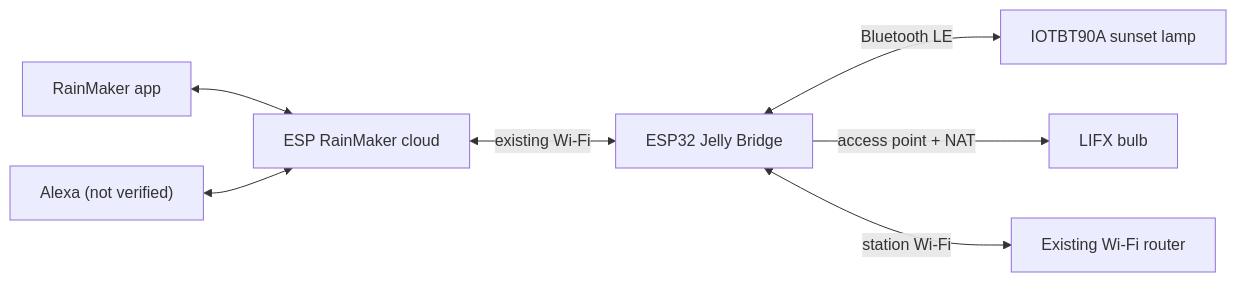
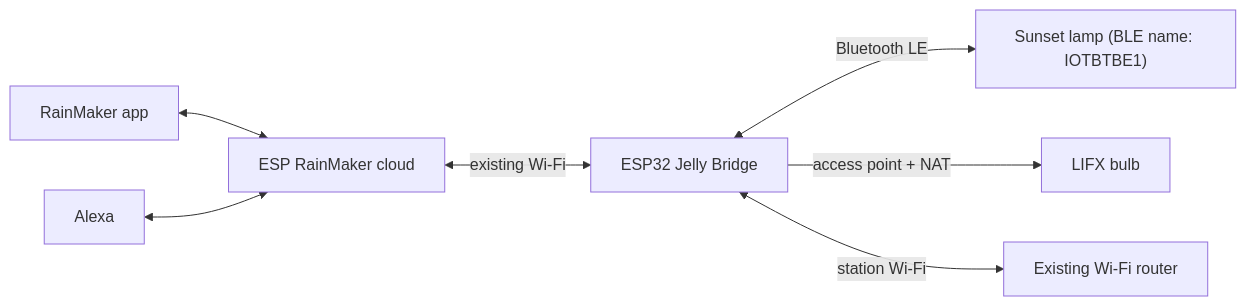
Before and after one commit to larspatkowa/esp32-lifx-sunset-lamp-bridge: the diagram in README.md, drawn with Mermaid. The commit also changed other lines of this file and 1 other file, not shown here.

Commit message:
updated the lamp name

````diff
--- a/README.md
+++ b/README.md
@@ -5,9 +5,9 @@
 ```mermaid
 flowchart LR
     App["RainMaker app"] <--> Cloud["ESP RainMaker cloud"]
-    Alexa["Alexa (not verified)"] <--> Cloud
+    Alexa["Alexa"] <--> Cloud
     Cloud <-->|"existing Wi-Fi"| Bridge["ESP32 Jelly Bridge"]
-    Bridge <-->|"Bluetooth LE"| Lamp["IOTBT90A sunset lamp"]
+    Bridge <-->|"Bluetooth LE"| Lamp["Sunset lamp (BLE name: IOTBTBE1)"]
     Bridge -->|"access point + NAT"| Bulb["LIFX bulb"]
     Bridge <-->|"station Wi-Fi"| Router["Existing Wi-Fi router"]
 ```
````
